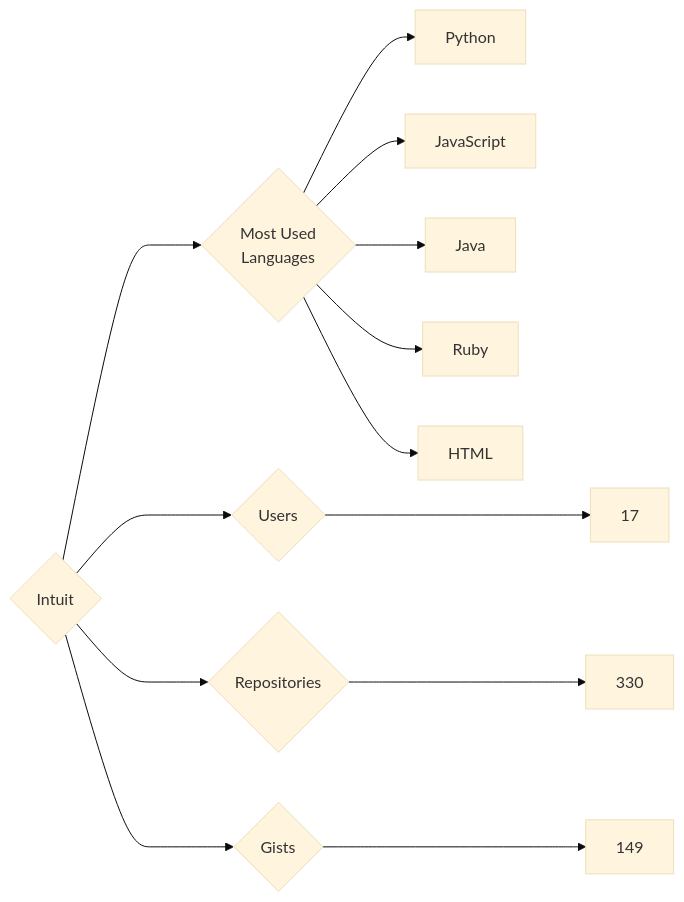
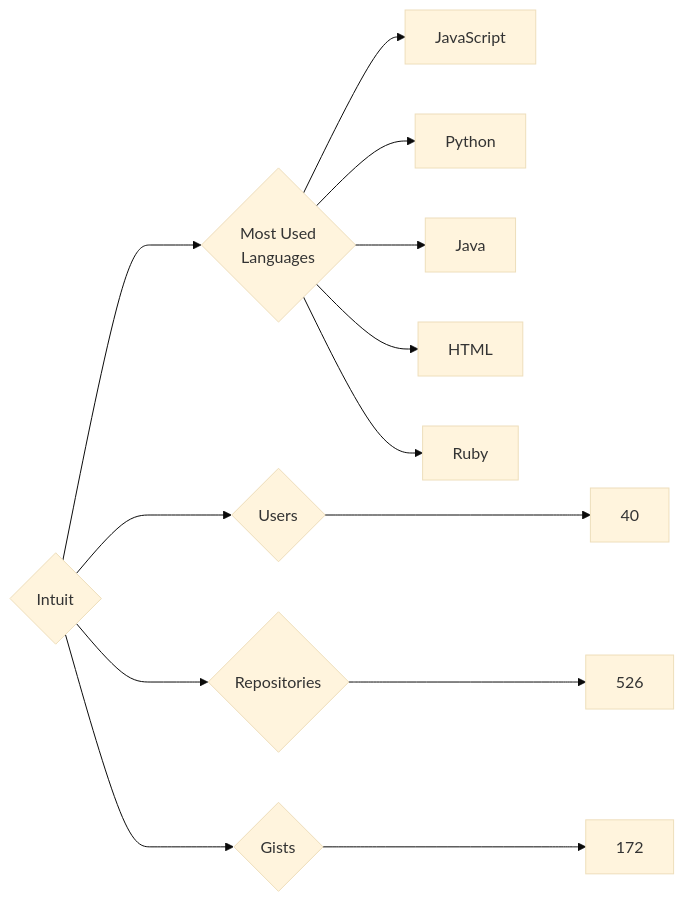
One commit to trickest/insiders changed the diagram in targets/Intuit/README.md. Above: the diagram before and after it, drawn with Mermaid (base theme). The commit also changed 809 other files, not shown here.

````diff
--- a/targets/Intuit/README.md
+++ b/targets/Intuit/README.md
@@ -3,13 +3,13 @@
 ```mermaid
 graph LR
 COMPANY_NAME{Intuit}
-COMPANY_NAME ---> U{Users} ---> UN[17]
-COMPANY_NAME ---> R{Repositories} ---> RN[330]
-COMPANY_NAME ---> G{Gists} ---> GN[149]
+COMPANY_NAME ---> U{Users} ---> UN[40]
+COMPANY_NAME ---> R{Repositories} ---> RN[526]
+COMPANY_NAME ---> G{Gists} ---> GN[172]
 COMPANY_NAME ---> ML{Most Used<br>Languages}
+ML --> JavaScript[JavaScript]
 ML --> Python[Python]
-ML --> JavaScript[JavaScript]
 ML --> Java[Java]
+ML --> HTML[HTML]
 ML --> Ruby[Ruby]
-ML --> HTML[HTML]
 ```
````
